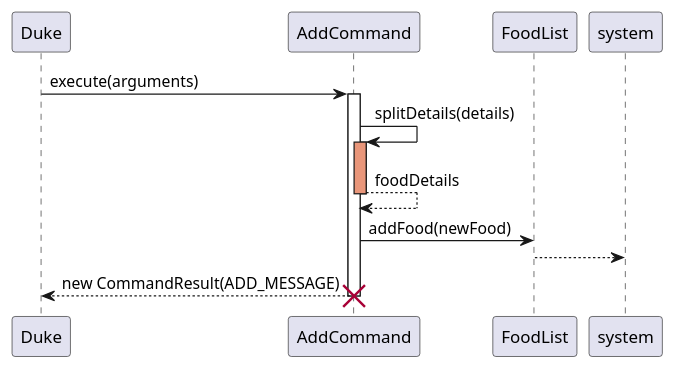
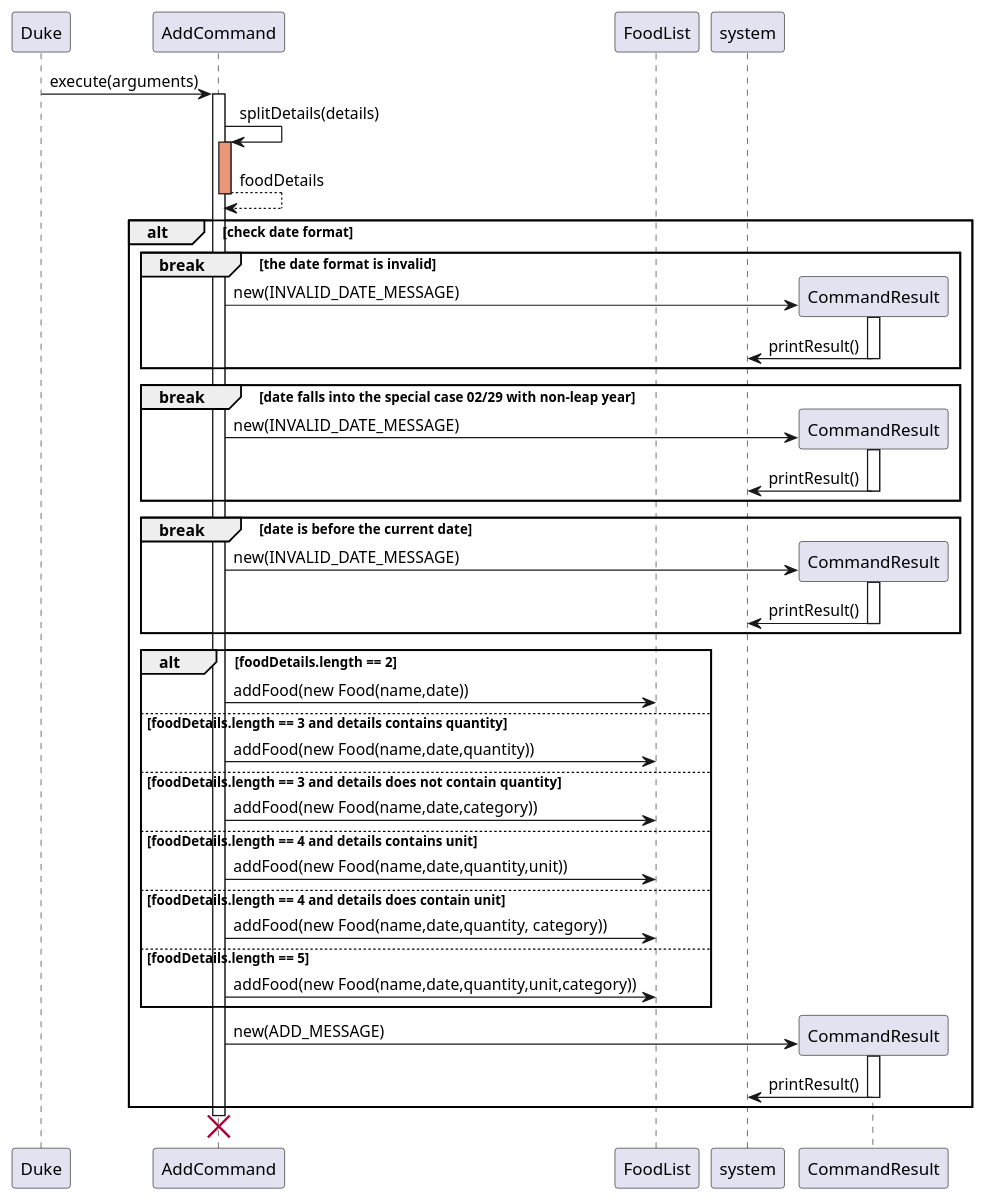
The diagram in docs/puml/AddCommandSequenceDiagram.puml (tsx0314/tp), drawn with PlantUML before and after one commit. The commit also changed 3 other files, not shown here.

```diff
--- a/docs/puml/AddCommandSequenceDiagram.puml
+++ b/docs/puml/AddCommandSequenceDiagram.puml
@@ -1,24 +1,73 @@
 @startuml
 'https://plantuml.com/sequence-diagram
-
 
 participant Duke
 participant AddCommand
 participant FoodList as foodList
 
 Duke -> AddCommand: execute(arguments)
 activate AddCommand
-
 AddCommand -> AddCommand: splitDetails(details)
 activate AddCommand #DarkSalmon
 AddCommand --> AddCommand: foodDetails
 deactivate
 
-foodList <- AddCommand: addFood(newFood)
-system <-- foodList:
-Duke <-- AddCommand: new CommandResult(ADD_MESSAGE)
+alt check date format
+break the date format is invalid
+create CommandResult
+AddCommand -> CommandResult: new(INVALID_DATE_MESSAGE)
+activate CommandResult
+CommandResult -> system: printResult()
 deactivate
+end
+
+break date falls into the special case 02/29 with non-leap year
+create CommandResult
+AddCommand -> CommandResult: new(INVALID_DATE_MESSAGE)
+activate CommandResult
+CommandResult -> system: printResult()
+deactivate
+
+end
+
+activate AddCommand
+break date is before the current date
+create CommandResult
+AddCommand -> CommandResult: new(INVALID_DATE_MESSAGE)
+activate CommandResult
+CommandResult -> system: printResult()
+deactivate
+end
+
+activate AddCommand
+alt foodDetails.length == 2
+foodList <- AddCommand: addFood(new Food(name,date))
+
+else foodDetails.length == 3 and details contains quantity
+foodList <- AddCommand: addFood(new Food(name,date,quantity))
+else foodDetails.length == 3 and details does not contain quantity
+foodList <- AddCommand: addFood(new Food(name,date,category))
+else foodDetails.length == 4 and details contains unit
+foodList <- AddCommand: addFood(new Food(name,date,quantity,unit))
+else foodDetails.length == 4 and details does contain unit
+foodList <- AddCommand: addFood(new Food(name,date,quantity, category))
+else foodDetails.length == 5
+foodList <- AddCommand: addFood(new Food(name,date,quantity,unit,category))
+end
+participant CommandResult
+create CommandResult
+AddCommand -> CommandResult: new(ADD_MESSAGE)
+activate CommandResult
+CommandResult -> system: printResult()
+deactivate
+
+
+
+end
+
+
+
 
 destroy AddCommand
 
 @enduml
```
